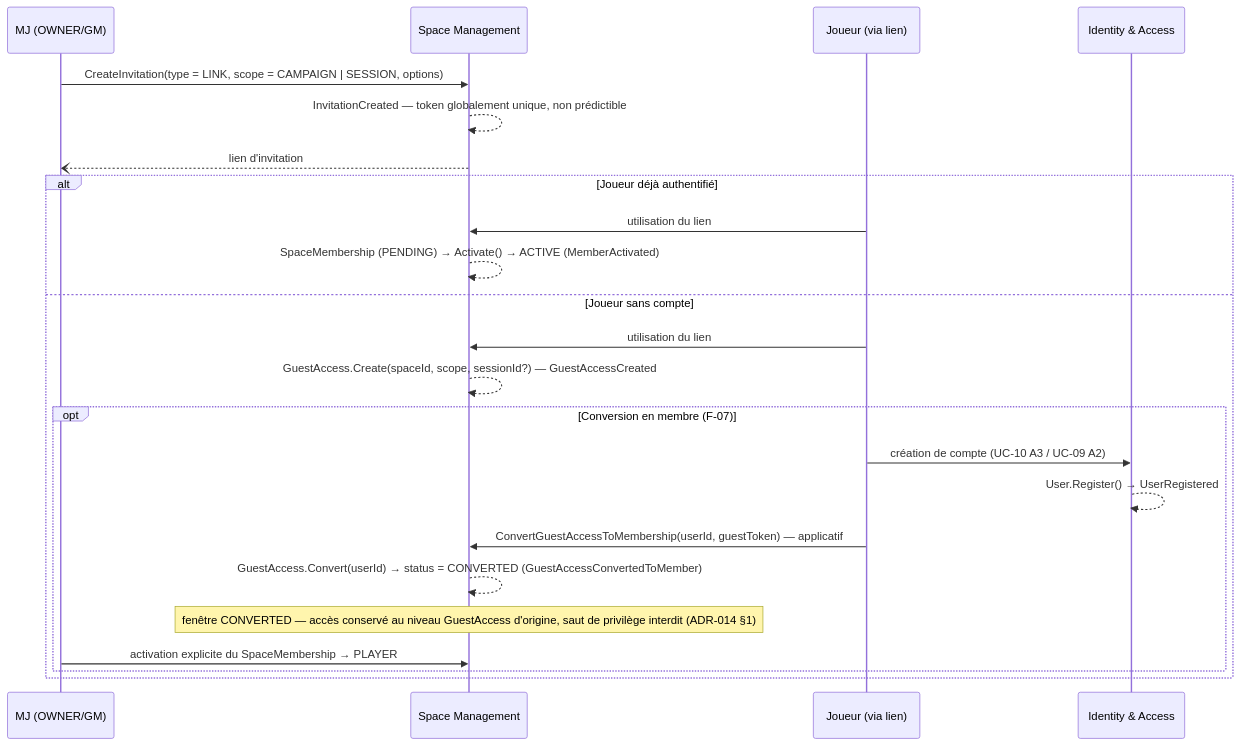
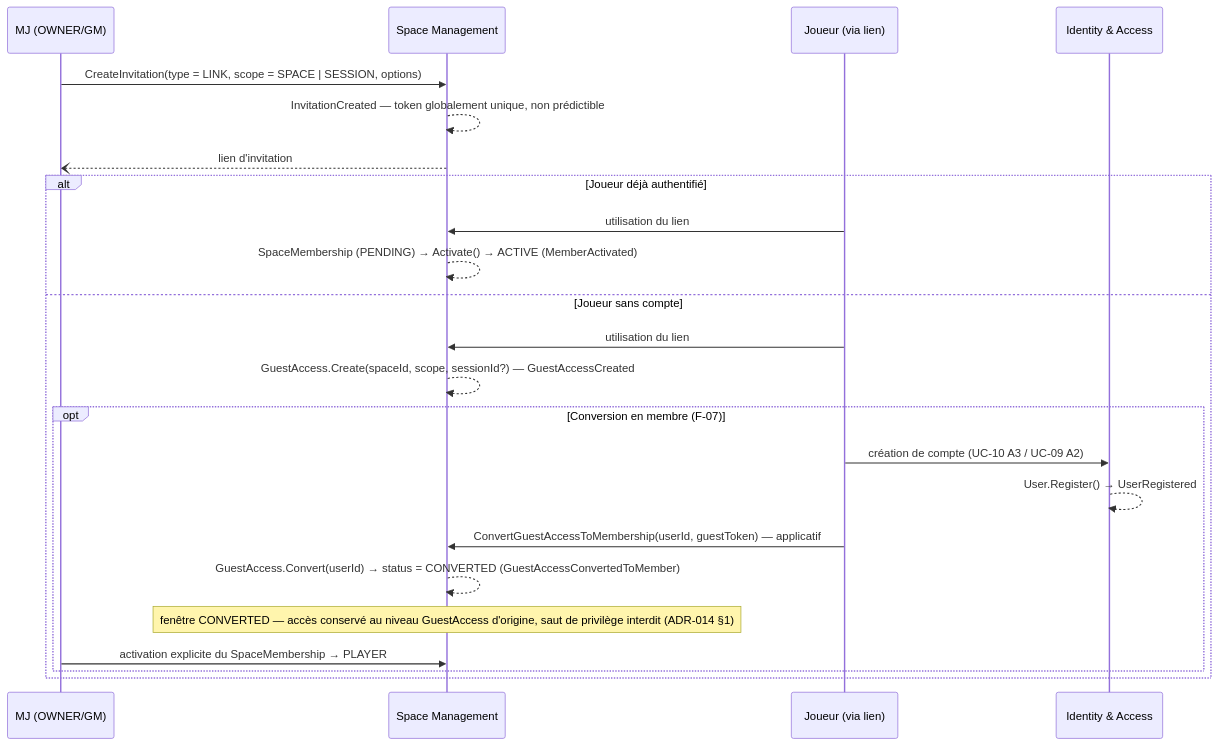
The eighth of 18 diagrams in docs/context/dossier-conception-detaillee.md (2025-10-CDA-ECO-P6/PM-micro-saas), drawn with Mermaid before and after one commit. The commit also changed other lines of this file and 140 other files, not shown here.

````diff
--- a/docs/context/dossier-conception-detaillee.md
+++ b/docs/context/dossier-conception-detaillee.md
@@ -547,27 +547,27 @@
 ```mermaid
 sequenceDiagram
     participant MJ as MJ (OWNER/GM)
     participant SM as Space Management
     participant J as Joueur (via lien)
     participant IA as Identity & Access
 
-    MJ->>SM: CreateInvitation(type = LINK, scope = CAMPAIGN | SESSION, options)
+    MJ->>SM: CreateInvitation(type = LINK, scope = SPACE | SESSION, options)
     SM-->>SM: InvitationCreated — token globalement unique, non prédictible
     SM--)MJ: lien d'invitation
 
     alt Joueur déjà authentifié
         J->>SM: utilisation du lien
         SM-->>SM: SpaceMembership (PENDING) → Activate() → ACTIVE (MemberActivated)
     else Joueur sans compte
         J->>SM: utilisation du lien
         SM-->>SM: GuestAccess.Create(spaceId, scope, sessionId?) — GuestAccessCreated
         opt Conversion en membre (F-07)
             J->>IA: création de compte (UC-10 A3 / UC-09 A2)
             IA-->>IA: User.Register() → UserRegistered
             J->>SM: ConvertGuestAccessToMembership(userId, guestToken) — applicatif
             SM-->>SM: GuestAccess.Convert(userId) → status = CONVERTED (GuestAccessConvertedToMember)
             Note over SM: fenêtre CONVERTED — accès conservé au niveau GuestAccess d'origine, saut de privilège interdit (ADR-014 §1)
             MJ->>SM: activation explicite du SpaceMembership → PLAYER
         end
     end
 ```
````
